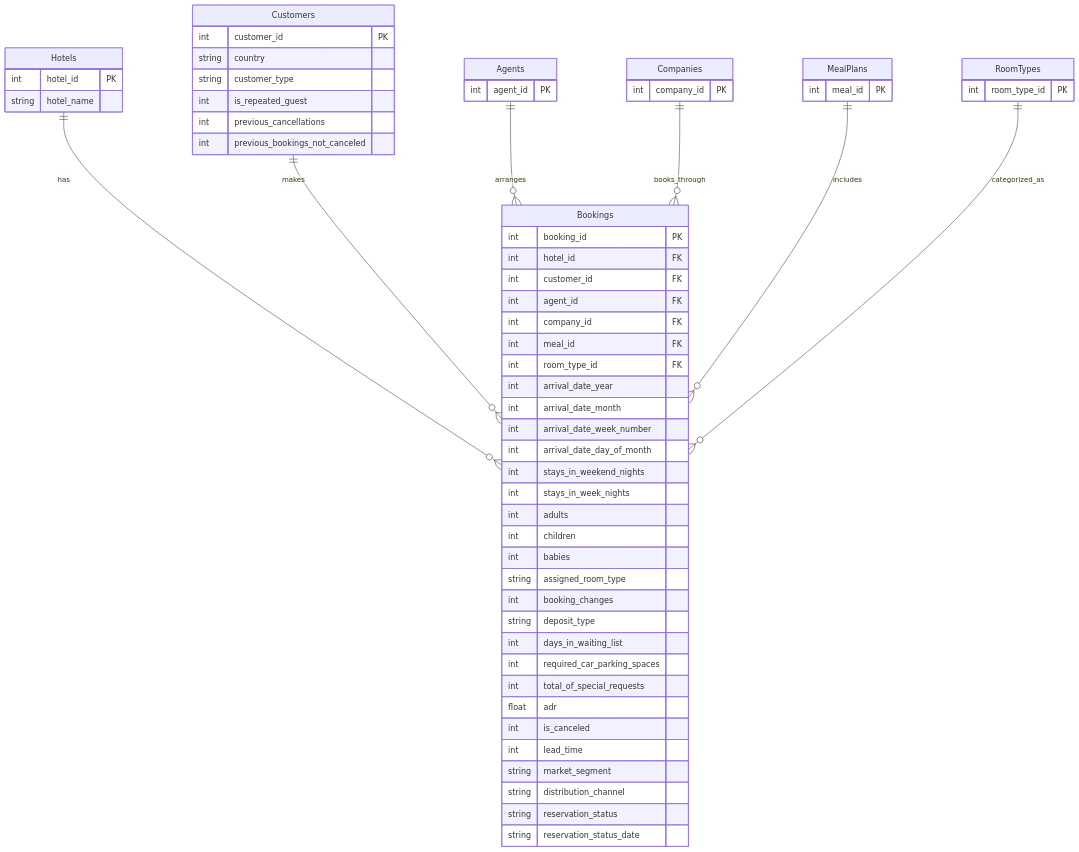
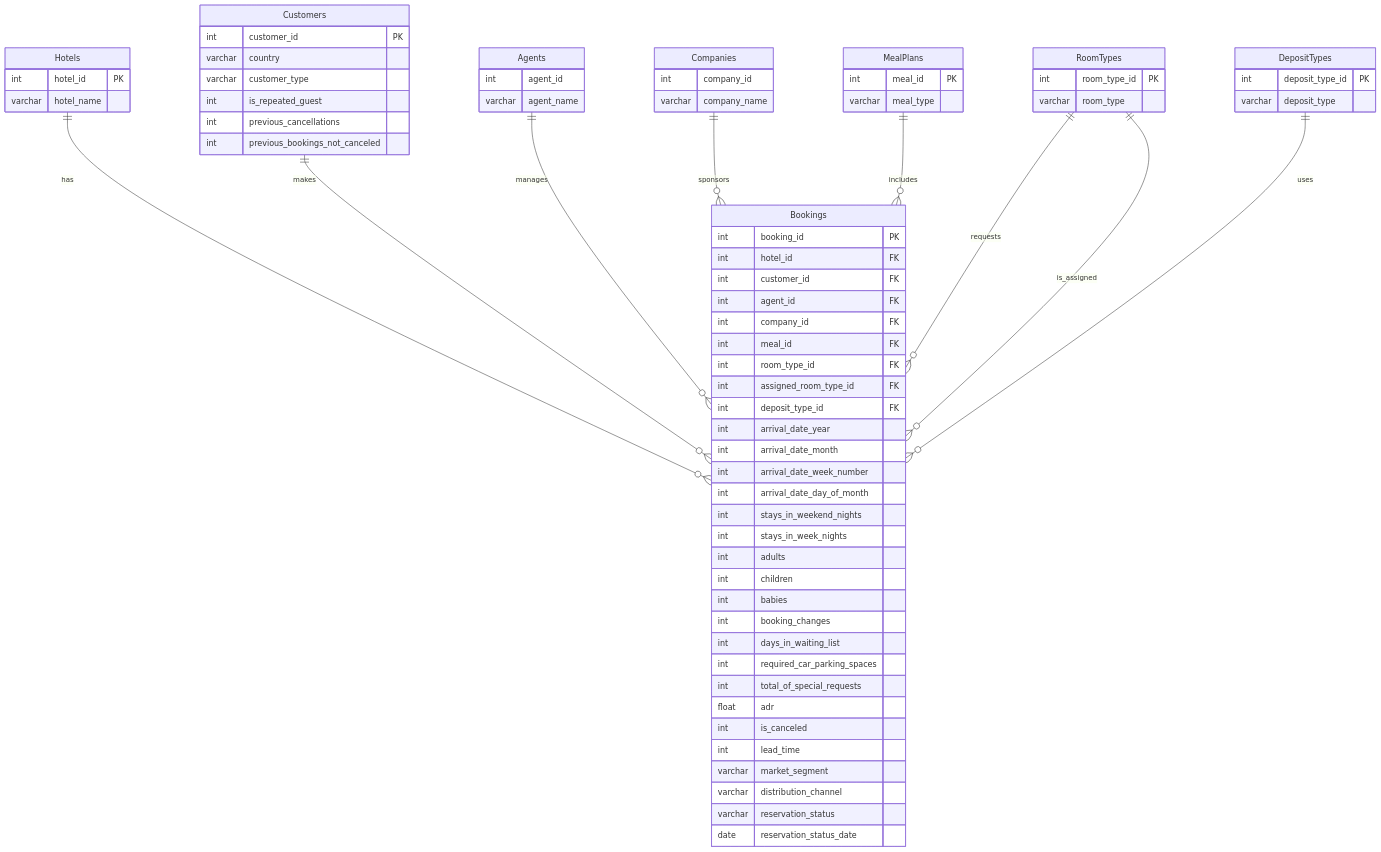
One commit to MSultanbek/SQL-Final-Project changed the diagram in Notes/ER-Diagram.md. Above: the diagram before and after it, drawn with Mermaid. The commit also changed 2 other files, not shown here.

Commit message:
sql-code added. Deposit type table added. er-diagram redacted

````diff
--- a/Notes/ER-Diagram.md
+++ b/Notes/ER-Diagram.md
@@ -1,42 +1,56 @@
 ```mermaid
 erDiagram
+    %% Relationships
     Hotels ||--o{ Bookings : "has"
     Customers ||--o{ Bookings : "makes"
-    Agents ||--o{ Bookings : "arranges"
-    Companies ||--o{ Bookings : "books_through"
+    Agents ||--o{ Bookings : "manages"
+    Companies ||--o{ Bookings : "sponsors"
     MealPlans ||--o{ Bookings : "includes"
-    RoomTypes ||--o{ Bookings : "categorized_as"
+    RoomTypes ||--o{ Bookings : "requests"
+    RoomTypes ||--o{ Bookings : "is_assigned"
+    DepositTypes ||--o{ Bookings : "uses"
 
+    %% Dimension Tables
     Hotels {
         int hotel_id PK
-        string hotel_name
+        varchar hotel_name
     }
 
     Customers {
         int customer_id PK
-        string country
-        string customer_type
+        varchar country
+        varchar customer_type
         int is_repeated_guest
         int previous_cancellations
         int previous_bookings_not_canceled
     }
 
     Agents {
-        int agent_id PK
+        int agent_id
+        varchar agent_name
     }
 
     Companies {
-        int company_id PK
+        int company_id
+        varchar company_name
     }
 
     MealPlans {
         int meal_id PK
+        varchar meal_type
     }
 
     RoomTypes {
         int room_type_id PK
+        varchar room_type
     }
 
+    DepositTypes {
+        int deposit_type_id PK
+        varchar deposit_type
+    }
+
+    %% Fact Table
     Bookings {
         int booking_id PK
         int hotel_id FK
@@ -45,6 +59,8 @@
         int company_id FK
         int meal_id FK
         int room_type_id FK
+        int assigned_room_type_id FK
+        int deposit_type_id FK
         int arrival_date_year
         int arrival_date_month
         int arrival_date_week_number
@@ -54,18 +70,16 @@
         int adults
         int children
         int babies
-        string assigned_room_type
         int booking_changes
-        string deposit_type
         int days_in_waiting_list
         int required_car_parking_spaces
         int total_of_special_requests
         float adr
         int is_canceled
         int lead_time
-        string market_segment
-        string distribution_channel
-        string reservation_status
-        string reservation_status_date
+        varchar market_segment
+        varchar distribution_channel
+        varchar reservation_status
+        date reservation_status_date
     }
 ```
````
